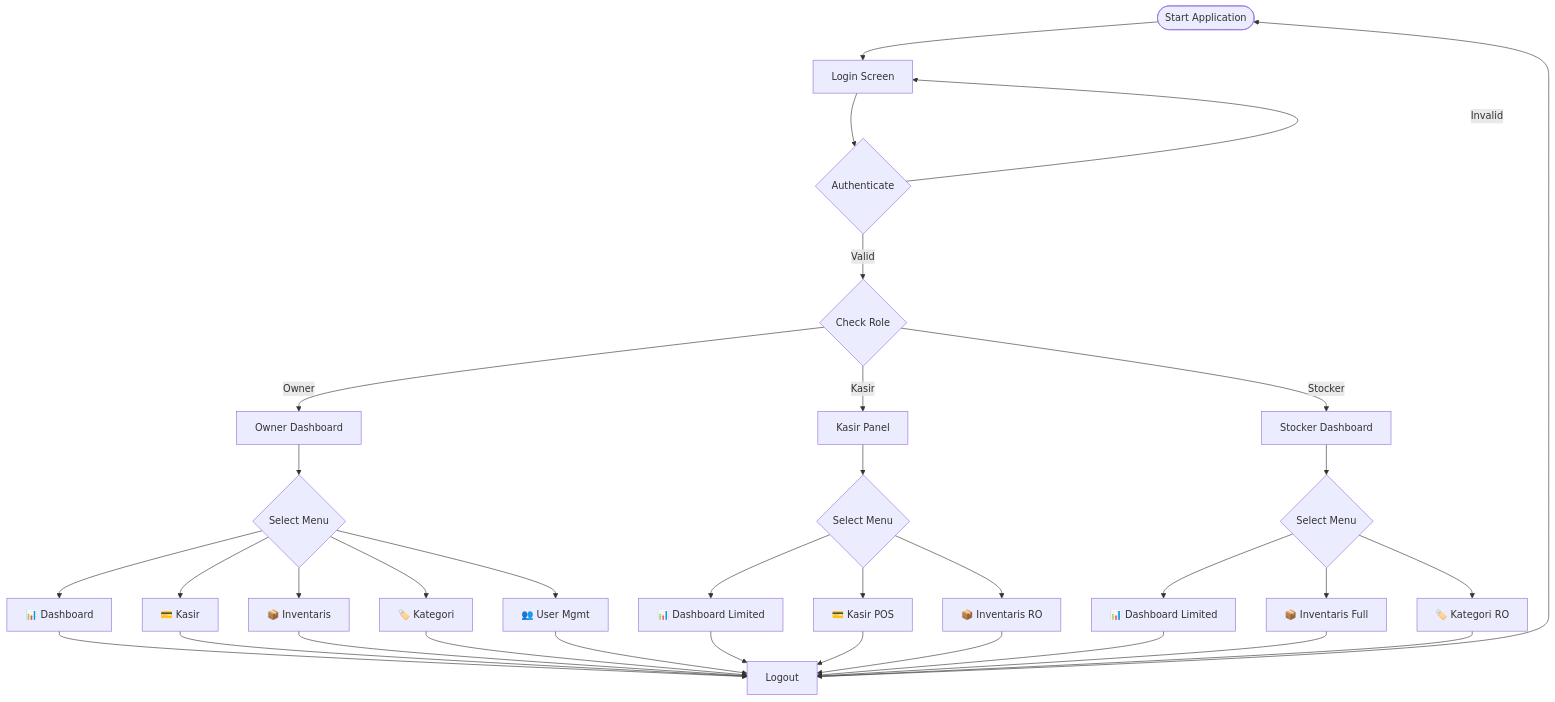
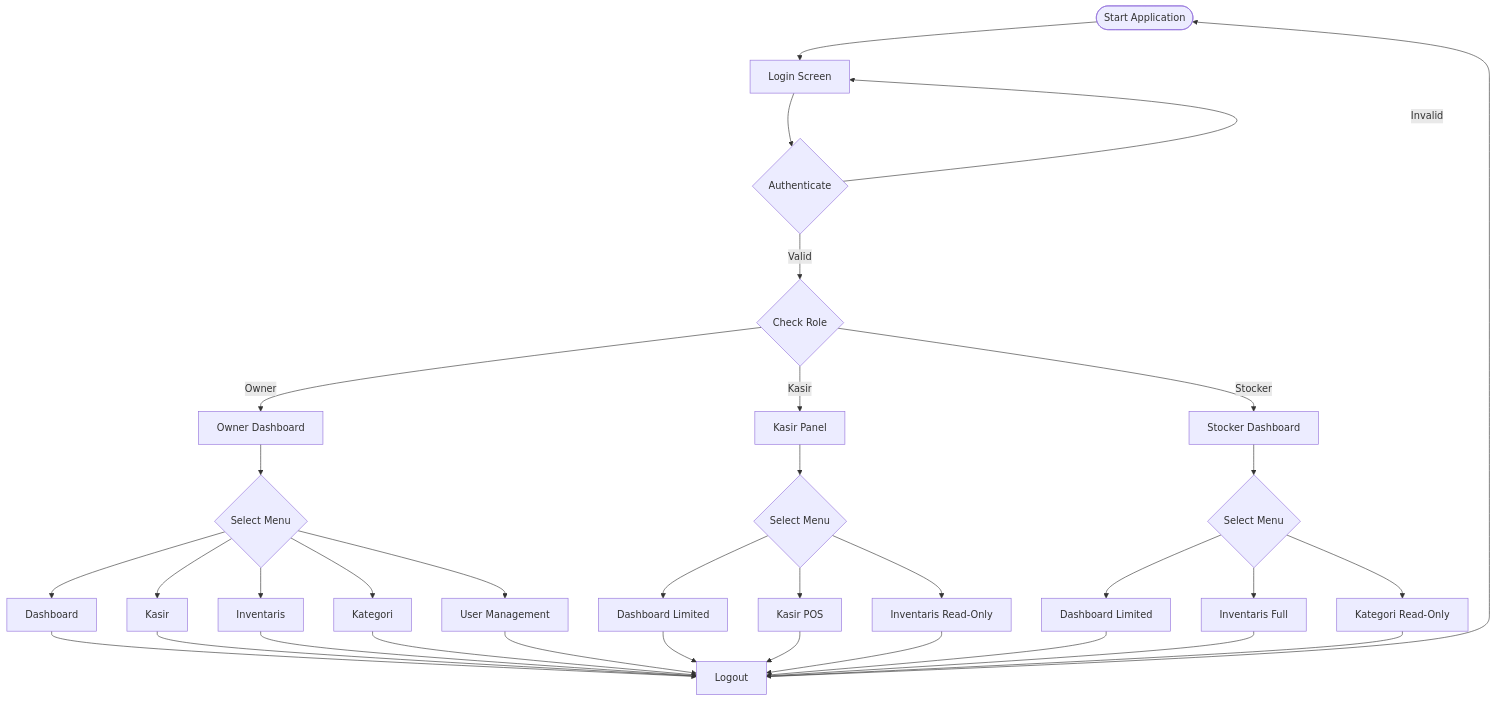
The first of 5 diagrams in README.md (athfizh/KedaiKopiApp-CakBudibud), drawn with Mermaid before and after one commit. The commit also changed other lines of this file, not shown here.

Commit message:
Update Readme v2.0

````diff
--- a/README.md
+++ b/README.md
@@ -298,42 +298,42 @@
 ```mermaid
 flowchart TD
     Start([Start Application]) --> Login[Login Screen]
     Login --> Auth{Authenticate}
     Auth -->|Invalid| Login
     Auth -->|Valid| RoleCheck{Check Role}
 
     RoleCheck -->|Owner| OwnerDash[Owner Dashboard]
     RoleCheck -->|Kasir| KasirPanel[Kasir Panel]
     RoleCheck -->|Stocker| StockerDash[Stocker Dashboard]
 
     OwnerDash --> OwnerMenu{Select Menu}
-    OwnerMenu --> Dashboard[📊 Dashboard]
-    OwnerMenu --> Kasir[💳 Kasir]
-    OwnerMenu --> Inventory[📦 Inventaris]
-    OwnerMenu --> Category[🏷️ Kategori]
-    OwnerMenu --> UserMgmt[👥 User Mgmt]
+    OwnerMenu --> Dashboard[Dashboard]
+    OwnerMenu --> Kasir[Kasir]
+    OwnerMenu --> Inventory[Inventaris]
+    OwnerMenu --> Category[Kategori]
+    OwnerMenu --> UserMgmt[User Management]
 
     KasirPanel --> KasirMenu{Select Menu}
-    KasirMenu --> KDash[📊 Dashboard Limited]
-    KasirMenu --> KPOS[💳 Kasir POS]
-    KasirMenu --> KInv[📦 Inventaris RO]
+    KasirMenu --> KDash[Dashboard Limited]
+    KasirMenu --> KPOS[Kasir POS]
+    KasirMenu --> KInv[Inventaris Read-Only]
 
     StockerDash --> StockerMenu{Select Menu}
-    StockerMenu --> SDash[📊 Dashboard Limited]
-    StockerMenu --> SInv[📦 Inventaris Full]
-    StockerMenu --> SCat[🏷️ Kategori RO]
+    StockerMenu --> SDash[Dashboard Limited]
+    StockerMenu --> SInv[Inventaris Full]
+    StockerMenu --> SCat[Kategori Read-Only]
 
     Dashboard --> Logout[Logout]
     Kasir --> Logout
     Inventory --> Logout
     Category --> Logout
     UserMgmt --> Logout
     KDash --> Logout
     KPOS --> Logout
     KInv --> Logout
     SDash --> Logout
     SInv --> Logout
     SCat --> Logout
 
     Logout --> Start
 ```
````
